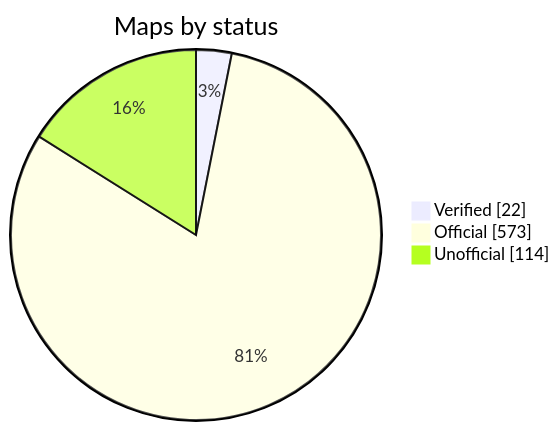
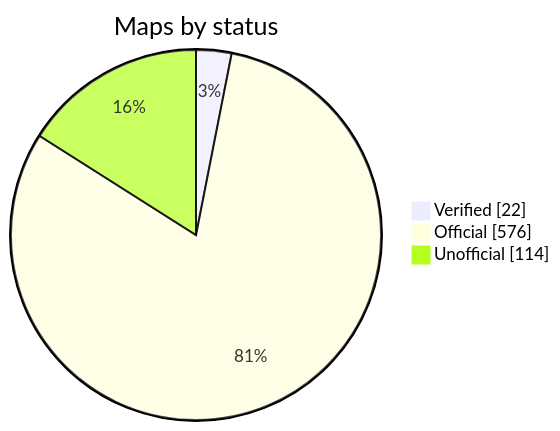
Before and after one commit to nobrega8/mbmap-library: the diagram in README.md, drawn with Mermaid. The commit also changed 8 other files, not shown here.

````diff
--- a/README.md
+++ b/README.md
@@ -52,7 +52,7 @@
 ```mermaid
 pie showData
     title Maps by status
     "Verified" : 22
-    "Official" : 573
+    "Official" : 576
     "Unofficial" : 114
 ```
````
